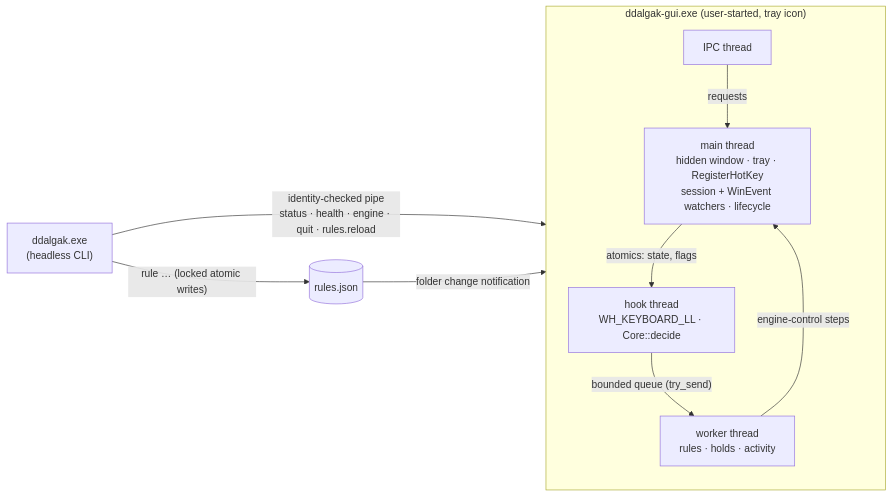
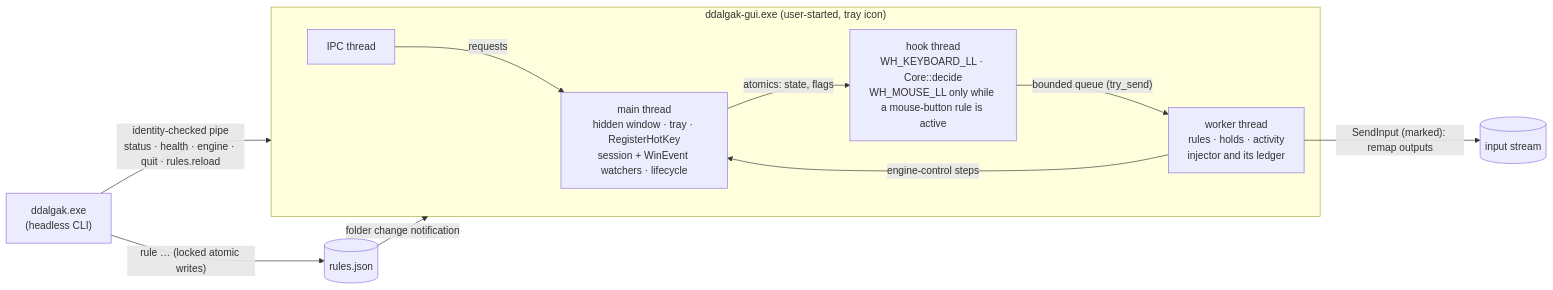
Before and after one commit to 7bvcxz/kim: the diagram in docs/DDALGAK_ENGINE.md, drawn with Mermaid. The commit also changed other lines of this file and 6 other files, not shown here.

First line of the commit message:
Document remaps, the mouse hook and their verification

````diff
--- a/docs/DDALGAK_ENGINE.md
+++ b/docs/DDALGAK_ENGINE.md
@@ -95,16 +104,17 @@
 ```mermaid
 flowchart LR
   cli["ddalgak.exe<br/>(headless CLI)"] -- "identity-checked pipe<br/>status · health · engine · quit · rules.reload" --> app
   cli -- "rule … (locked atomic writes)" --> file[("rules.json")]
   file -- "folder change notification" --> app
   subgraph app["ddalgak-gui.exe (user-started, tray icon)"]
     main["main thread<br/>hidden window · tray · RegisterHotKey<br/>session + WinEvent watchers · lifecycle"]
-    hook["hook thread<br/>WH_KEYBOARD_LL · Core::decide"]
-    worker["worker thread<br/>rules · holds · activity"]
+    hook["hook thread<br/>WH_KEYBOARD_LL · Core::decide<br/>WH_MOUSE_LL only while a mouse-button rule is active"]
+    worker["worker thread<br/>rules · holds · activity<br/>injector and its ledger"]
     ipc["IPC thread"]
   end
   hook -- "bounded queue (try_send)" --> worker
   worker -- "engine-control steps" --> main
+  worker -- "SendInput (marked): remap outputs" --> os[("input stream")]
   ipc -- "requests" --> main
   main -- "atomics: state, flags" --> hook
 ```
````
